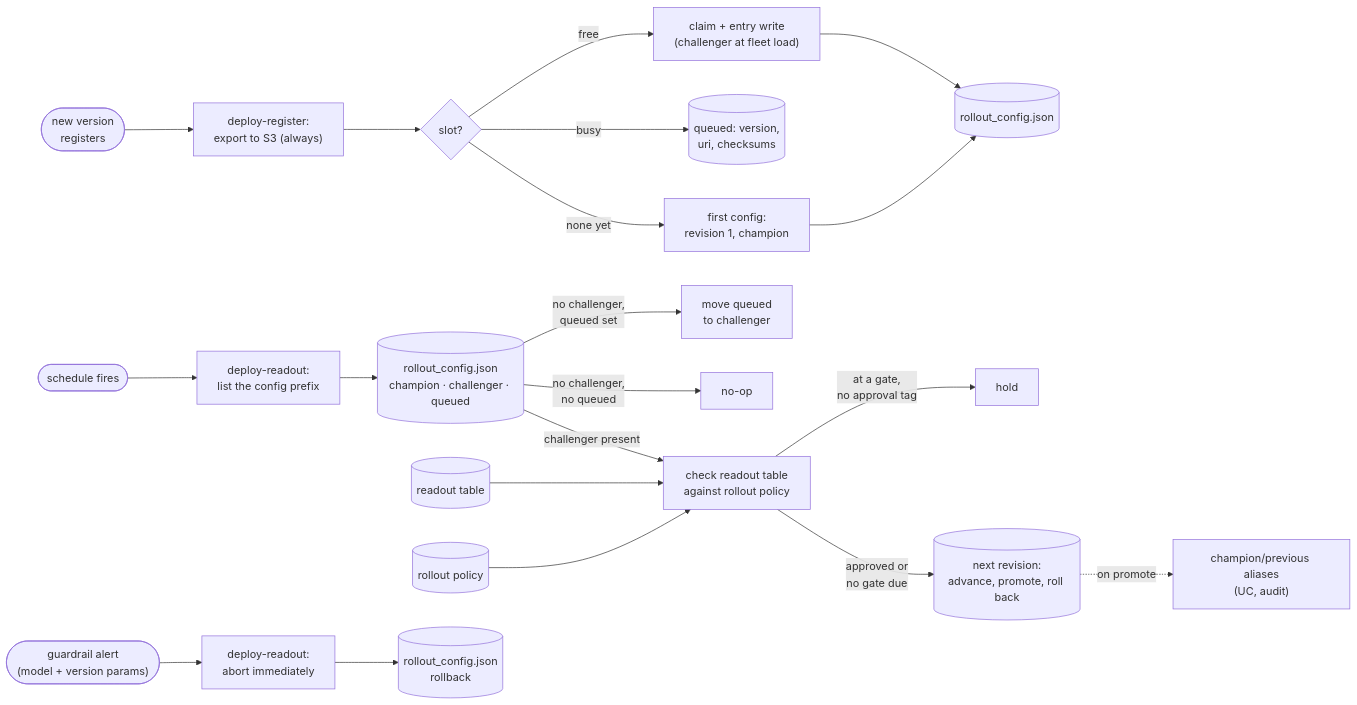
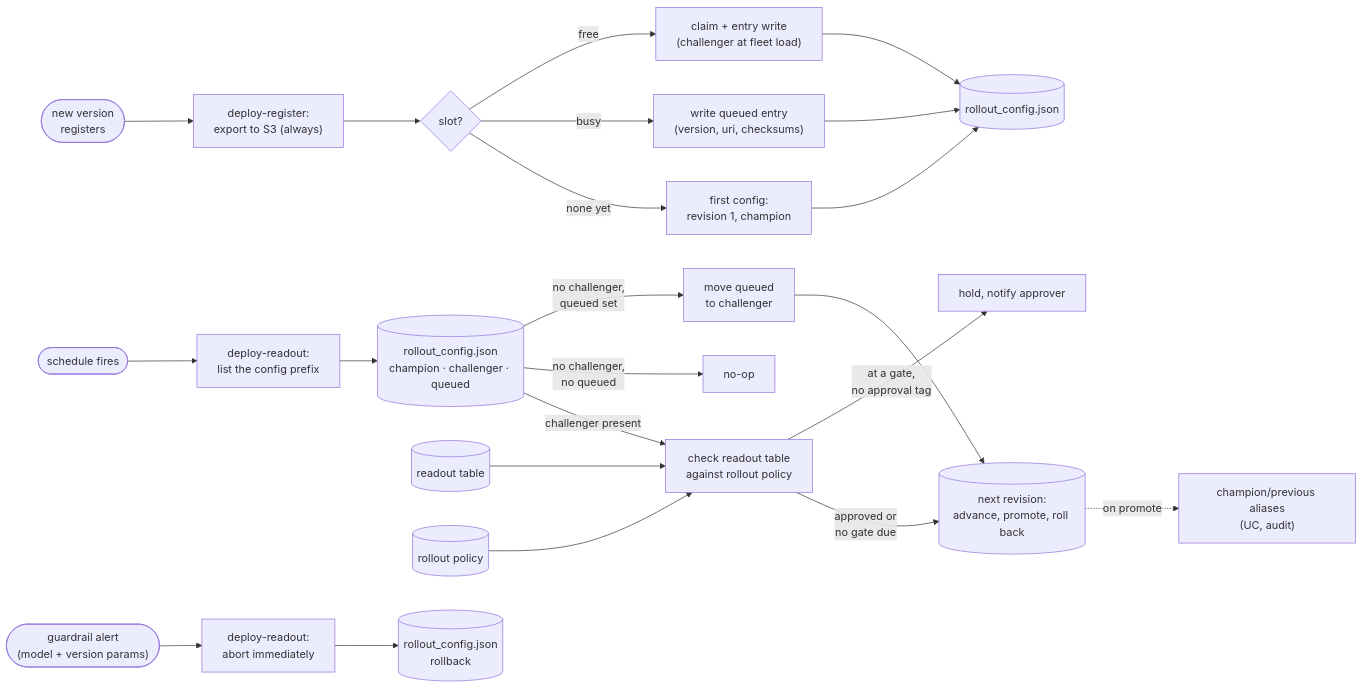
Before and after one commit to cunha-sigma/ml_offline: the diagram in design_docs/07_deployment_job.md, drawn with Mermaid. The commit also changed other lines of this file and 16 other files, not shown here.

````diff
--- a/design_docs/07_deployment_job.md
+++ b/design_docs/07_deployment_job.md
@@ -146,24 +156,26 @@
 ```mermaid
 flowchart LR
   REG(["new version<br/>registers"]) --> EXP["deploy-register:<br/>export to S3 (always)"]
   EXP --> SLOTCHECK{"slot?"}
   SLOTCHECK -- "free" --> EEA["claim + entry write<br/>(challenger at fleet load)"]
-  SLOTCHECK -- "busy" --> ENQUEUE[("queued: version,<br/>uri, checksums")]
+  SLOTCHECK -- "busy" --> ENQUEUE["write queued entry<br/>(version, uri, checksums)"]
   SLOTCHECK -- "none yet" --> FIRST["first config:<br/>revision 1, champion"]
   EEA --> CFG[("rollout_config.json")]
+  ENQUEUE --> CFG
   FIRST --> CFG
 
   SCHED(["schedule fires"]) --> PASS["deploy-readout:<br/>list the config prefix"]
   PASS --> CFG2[("rollout_config.json<br/>champion · challenger · queued")]
   CFG2 -- "no challenger,<br/>queued set" --> MOVE["move queued<br/>to challenger"]
   CFG2 -- "no challenger,<br/>no queued" --> NOOP["no-op"]
   CFG2 -- "challenger present" --> DECIDE["check readout table<br/>against rollout policy"]
   RT[("readout table")] --> DECIDE
   POL[("rollout policy")] --> DECIDE
-  DECIDE -- "at a gate,<br/>no approval tag" --> HOLD["hold"]
+  DECIDE -- "at a gate,<br/>no approval tag" --> HOLD["hold, notify approver"]
   DECIDE -- "approved or<br/>no gate due" --> CFGW2[("next revision:<br/>advance, promote, roll back")]
+  MOVE --> CFGW2
   CFGW2 -. "on promote" .-> ALIAS["champion/previous aliases<br/>(UC, audit)"]
 
   ALERT(["guardrail alert<br/>(model + version params)"]) --> ABORT["deploy-readout:<br/>abort immediately"]
   ABORT --> CFGW3[("rollout_config.json<br/>rollback")]
 ```
````
